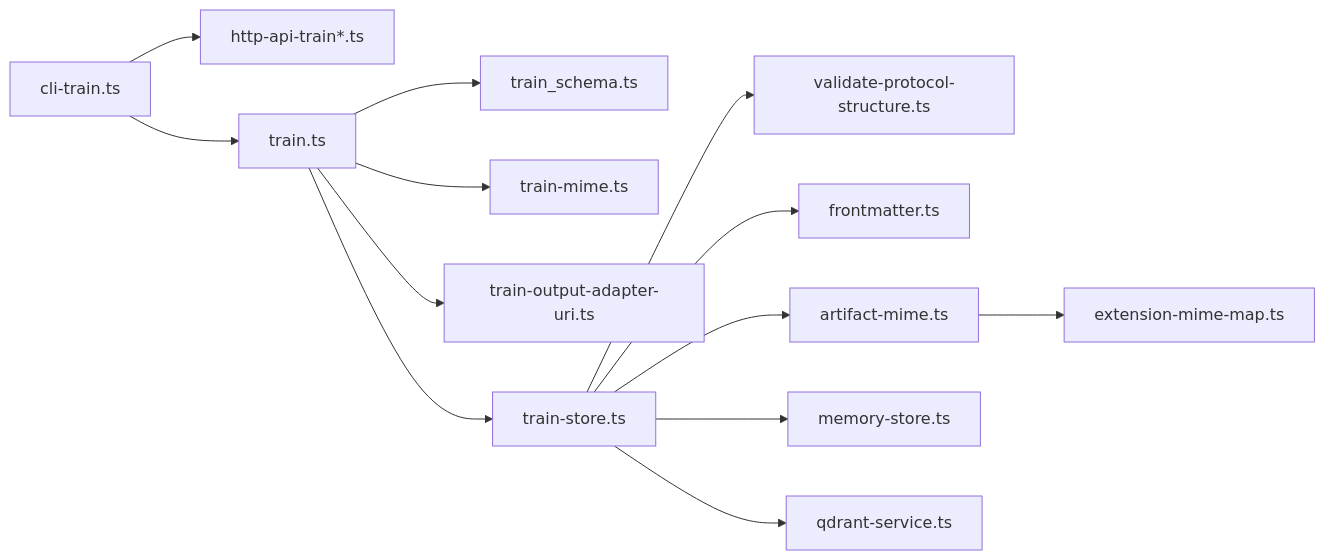
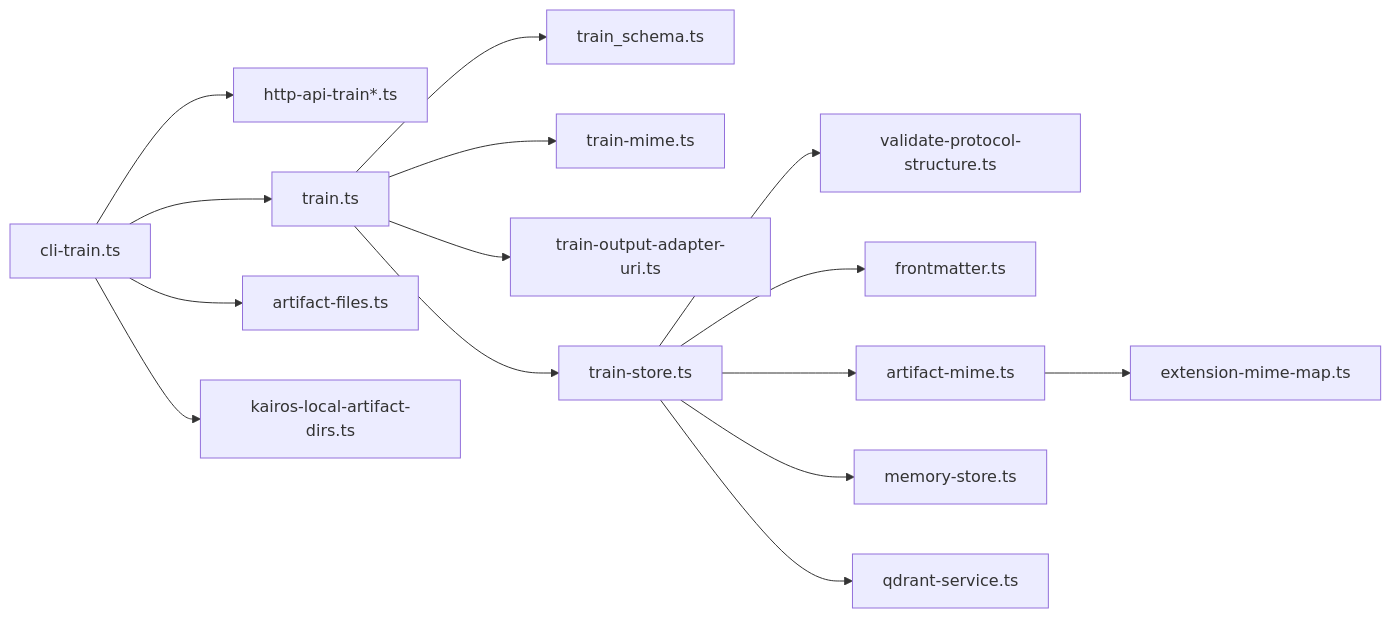
Before and after one commit to debian777/kairos-mcp: the eighth of 8 diagrams in .qoder/repowiki/en/content/User Interfaces/CLI Interface/Training Commands.md, drawn with Mermaid. The commit also changed other lines of this file and 16 other files, not shown here.

````diff
--- a/.qoder/repowiki/en/content/User Interfaces/CLI Interface/Training Commands.md
+++ b/.qoder/repowiki/en/content/User Interfaces/CLI Interface/Training Commands.md
@@ -445,15 +525,17 @@
 ```mermaid
 graph LR
 CLI["cli-train.ts"] --> HTTP["http-api-train*.ts"]
 CLI --> Tool["train.ts"]
 Tool --> Schema["train_schema.ts"]
 Tool --> Mime["train-mime.ts"]
 Tool --> OutURI["train-output-adapter-uri.ts"]
 Tool --> Store["train-store.ts"]
 Store --> Proto["validate-protocol-structure.ts"]
 Store --> FM["frontmatter.ts"]
 Store --> AMime["artifact-mime.ts"]
 AMime --> ExtMap["extension-mime-map.ts"]
 Store --> Mem["memory-store.ts"]
 Store --> Qdr["qdrant-service.ts"]
+CLI --> ArtFiles["artifact-files.ts"]
+CLI --> LocalDirs["kairos-local-artifact-dirs.ts"]
 ```
````
